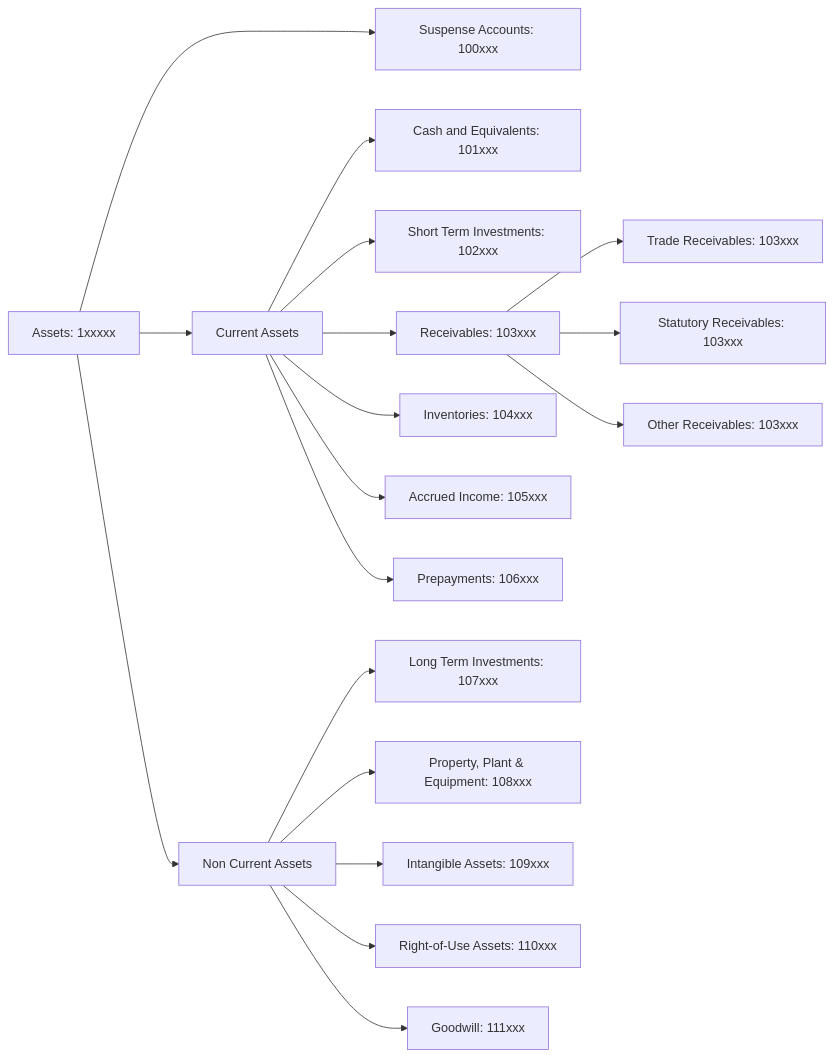
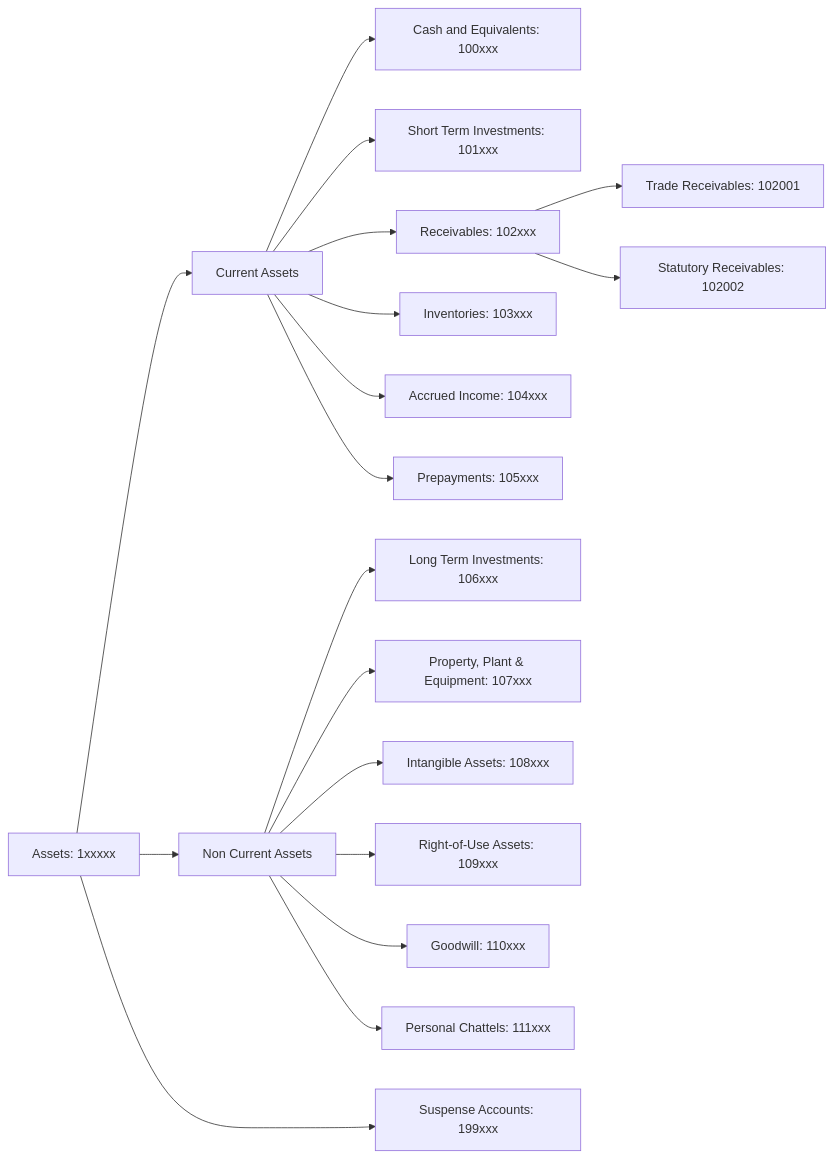
Before and after one commit to oosahon/ledgernova-core: the diagram in src/domain/accounting/__doc__/assets/coa-assets.mermaid, drawn with Mermaid. The commit also changed 276 other files, not shown here.

```diff
--- a/src/domain/accounting/__doc__/assets/coa-assets.mermaid
+++ b/src/domain/accounting/__doc__/assets/coa-assets.mermaid
@@ -1,25 +1,28 @@
 flowchart LR
-    Assets["Assets: 1xxxxx"] --> SuspenseAccounts & CAssets & NCAssets
+    Assets["Assets: 1xxxxx"] --> CAssets & NCAssets & SuspenseAccounts
 
-    SuspenseAccounts["Suspense Accounts: 100xxx"]
+    SuspenseAccounts["Suspense Accounts: 199xxx"]
     CAssets["Current Assets"]  
-        CAssets --> Cash["Cash and Equivalents: 101xxx"]
-        CAssets --> STInvestments["Short Term Investments: 102xxx"]
-        CAssets --> Receivables["Receivables: 103xxx"] 
-            Receivables --> TradeReceivables["Trade Receivables: 103xxx"]
-            Receivables --> StatutoryReceivables["Statutory Receivables: 103xxx"]
-            Receivables --> OtherReceivables["Other Receivables: 103xxx"]
+        CAssets --> Cash["Cash and Equivalents: 100xxx"]
+        CAssets --> STInvestments["Short Term Investments: 101xxx"]
+        CAssets --> Receivables["Receivables: 102xxx"] 
+            Receivables --> TradeReceivables["Trade Receivables: 102001"]
+            Receivables --> StatutoryReceivables["Statutory Receivables: 102002"]
             
-        CAssets --> Inventories["Inventories: 104xxx"]
-        CAssets --> AccruedIncome["Accrued Income: 105xxx"]
-        CAssets --> Prepayments["Prepayments: 106xxx"]
+        CAssets --> Inventories["Inventories: 103xxx"]
+        CAssets --> AccruedIncome["Accrued Income: 104xxx"]
+        CAssets --> Prepayments["Prepayments: 105xxx"]
 
-    CAssets ~~~ SuspenseAccounts
+
       
 
     NCAssets["Non Current Assets"]
-        NCAssets --> LTInvestments["Long Term Investments: 107xxx"]
-        NCAssets --> PPE["Property, Plant & Equipment: 108xxx"]
-        NCAssets --> IntangibleAssets["Intangible Assets: 109xxx"]
-        NCAssets --> ROU["Right-of-Use Assets: 110xxx"]
-        NCAssets --> Goodwill["Goodwill: 111xxx"]
+        NCAssets --> LTInvestments["Long Term Investments: 106xxx"]
+        NCAssets --> PPE["Property, Plant & Equipment: 107xxx"]
+        NCAssets --> IntangibleAssets["Intangible Assets: 108xxx"]
+        NCAssets --> ROU["Right-of-Use Assets: 109xxx"]
+        NCAssets --> Goodwill["Goodwill: 110xxx"]
+        %% For individuals only
+        NCAssets --> PersonalChattels["Personal Chattels: 111xxx"] 
+        
+    NCAssets ~~~ SuspenseAccounts
```
